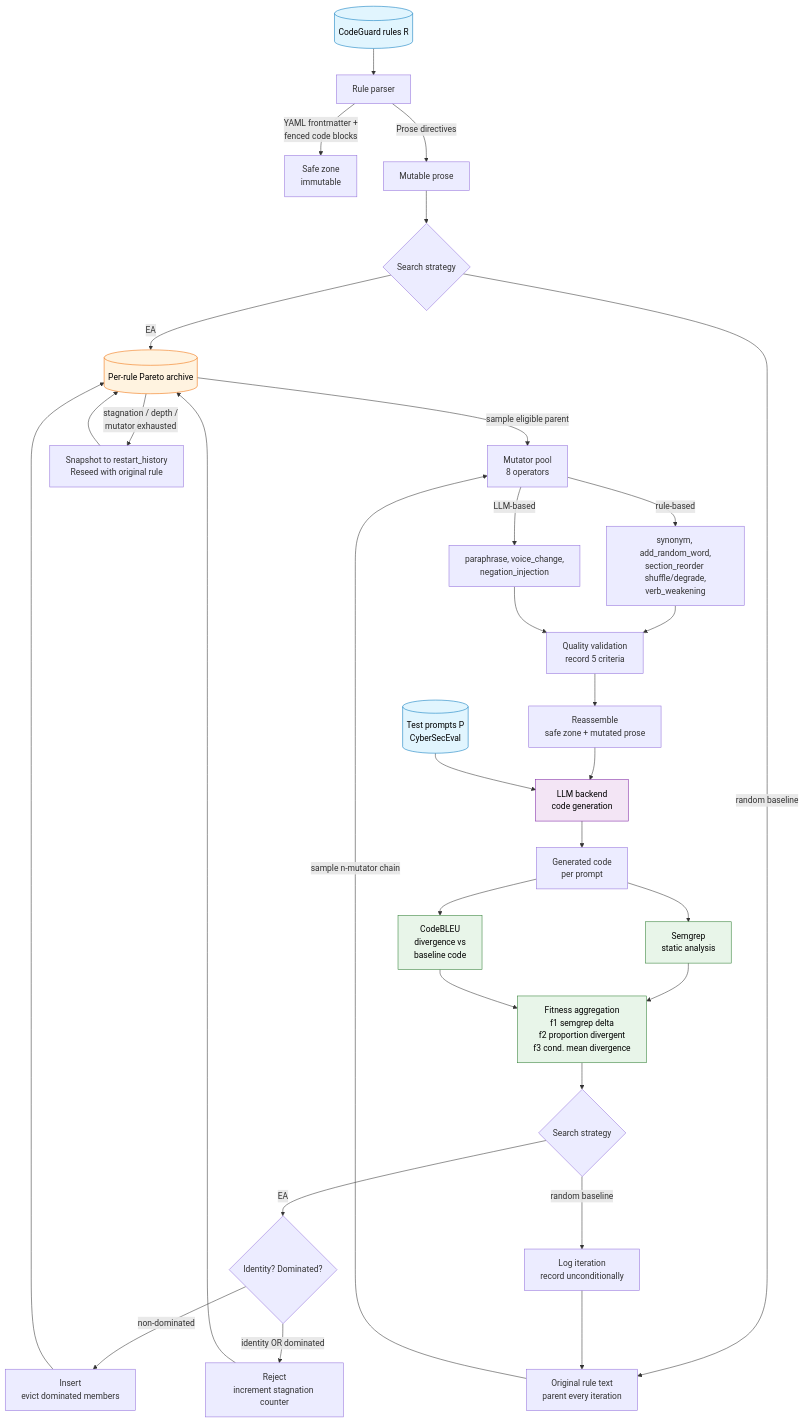
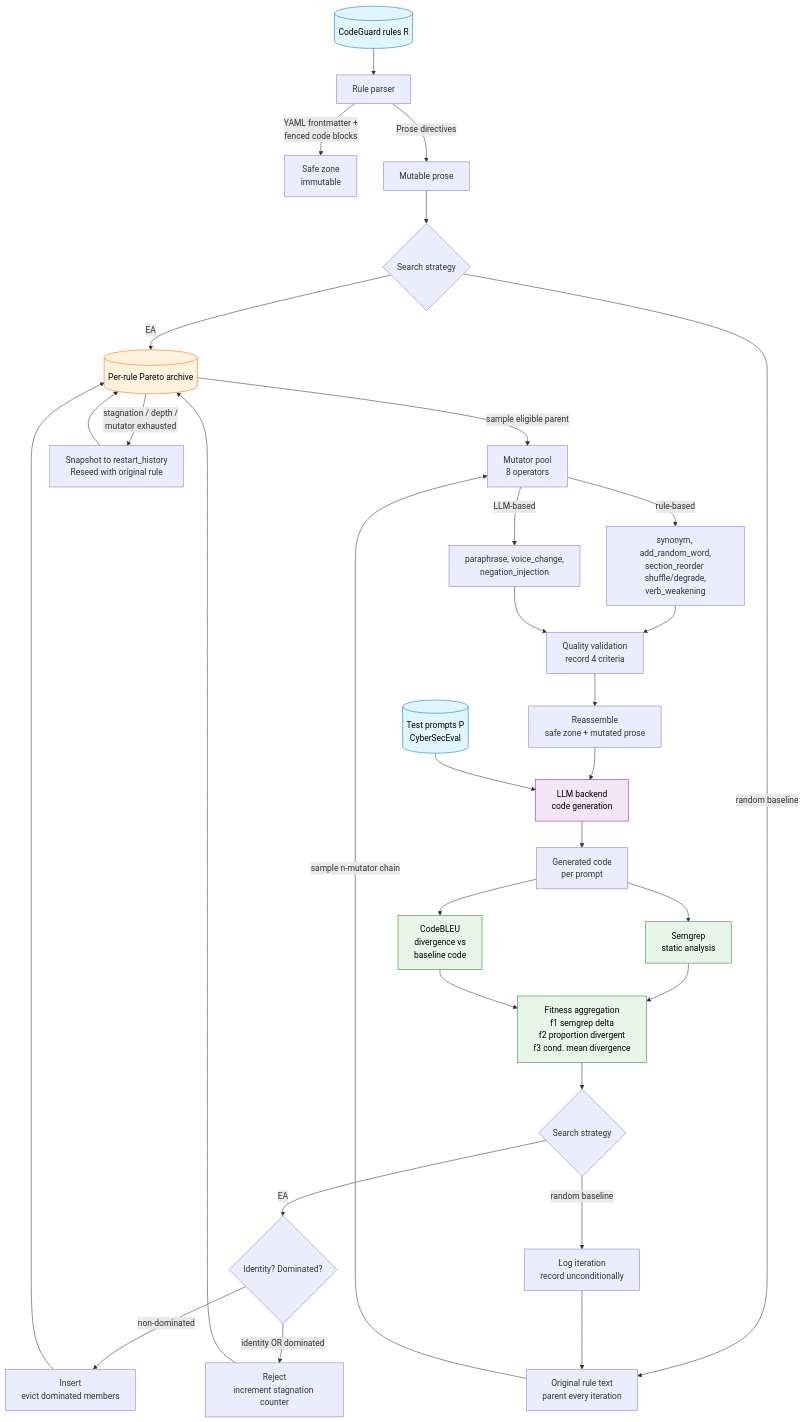
The diagram in ARCHITECTURE.md (RobertoN0/rule-mutation), drawn with Mermaid before and after one commit. The commit also changed other lines of this file and 6 other files, not shown here.

````diff
--- a/ARCHITECTURE.md
+++ b/ARCHITECTURE.md
@@ -16,59 +16,59 @@
 ```mermaid
 flowchart TD
     %% ===== Inputs =====
     R[("CodeGuard rules R")]
     P[("Test prompts P<br/>CyberSecEval")]
 
     %% ===== Rule parsing / safe-zone contract =====
     R --> RP[Rule parser]
     RP -->|YAML frontmatter +<br/>fenced code blocks| SZ[Safe zone<br/>immutable]
     RP -->|Prose directives| MZ[Mutable prose]
 
     %% ===== Strategy split: parent selection =====
     MZ --> STRAT{Search strategy}
     STRAT -->|EA| ARC[("Per-rule Pareto archive")]
     STRAT -->|random baseline| ORIG[Original rule text<br/>parent every iteration]
     ARC -->|sample eligible parent| MUT[Mutator pool<br/>8 operators]
     ORIG -->|sample n-mutator chain| MUT
 
     %% ===== Mutator pool =====
     MUT -->|rule-based| MB[synonym, add_random_word,<br/>section_reorder shuffle/degrade,<br/>verb_weakening]
     MUT -->|LLM-based| LB[paraphrase, voice_change,<br/>negation_injection]
-    MB --> QV[Quality validation<br/>record 5 criteria]
+    MB --> QV[Quality validation<br/>record 4 criteria]
     LB --> QV
     QV --> ASM[Reassemble<br/>safe zone + mutated prose]
 
     %% ===== Fitness evaluation =====
     ASM --> LLM[LLM backend<br/>code generation]
     P --> LLM
     LLM --> CODE[Generated code<br/>per prompt]
     CODE --> SG[Semgrep<br/>static analysis]
     CODE --> CB[CodeBLEU<br/>divergence vs<br/>baseline code]
     SG --> FIT["Fitness aggregation<br/>f1 semgrep delta<br/>f2 proportion divergent<br/>f3 cond. mean divergence"]
     CB --> FIT
 
     %% ===== Acceptance: strategy-dependent =====
     FIT --> ACC{Search strategy}
     ACC -->|EA| TA{Identity? Dominated?}
     ACC -->|random baseline| LOG[Log iteration<br/>record unconditionally]
     LOG --> ORIG
     TA -->|non-dominated| INS[Insert<br/>evict dominated members]
     TA -->|identity OR dominated| REJ[Reject<br/>increment stagnation counter]
     INS --> ARC
     REJ --> ARC
 
     %% ===== Restart triggers (EA only) =====
     ARC -->|stagnation / depth /<br/>mutator exhausted| RST[Snapshot to restart_history<br/>Reseed with original rule]
     RST --> ARC
 
     %% ===== Styling =====
     classDef input fill:#e1f5fe,stroke:#0277bd,color:#000
     classDef archive fill:#fff3e0,stroke:#ef6c00,color:#000
     classDef llm fill:#f3e5f5,stroke:#7b1fa2,color:#000
     classDef metric fill:#e8f5e9,stroke:#2e7d32,color:#000
 
     class R,P input
     class ARC archive
     class LLM llm
     class FIT,SG,CB metric
 ```
````
